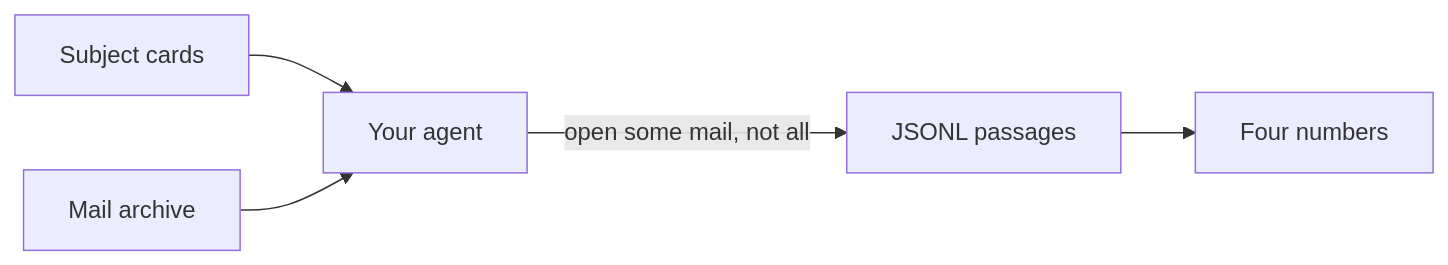
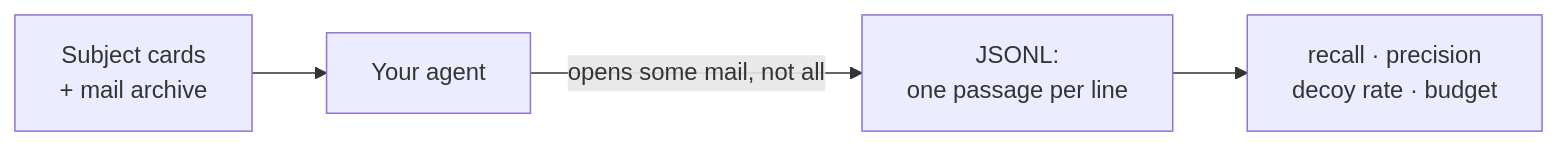
One commit to malhajar17/dsar-bench changed the first of 2 diagrams in README.md. Above: the diagram before and after it, drawn with Mermaid. The commit also changed other lines of this file, not shown here.

First line of the commit message:
Collapse the README flows into two single-lane diagrams.

````diff
--- a/README.md
+++ b/README.md
@@ -18,12 +18,6 @@
 ```mermaid
 flowchart LR
-  cards[Subject cards]
-  archive[Mail archive]
-  agent[Your agent]
-  out[JSONL passages]
-  score[Four numbers]
-  cards --> agent
-  archive --> agent
-  agent -->|"open some mail, not all"| out
-  out --> score
+  in["Subject cards<br/>+ mail archive"] --> agent["Your agent"]
+  agent -->|"opens some mail, not all"| out["JSONL:<br/>one passage per line"]
+  out --> score["recall · precision<br/>decoy rate · budget"]
 ```
````
